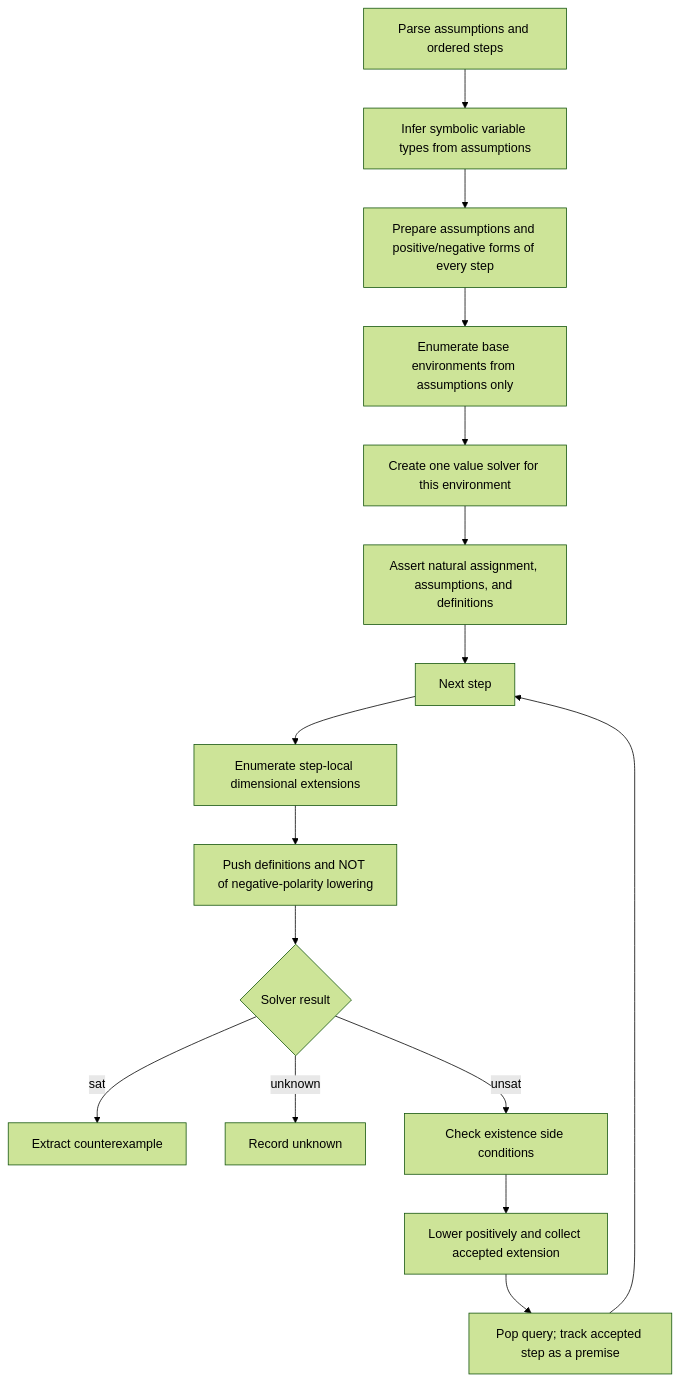
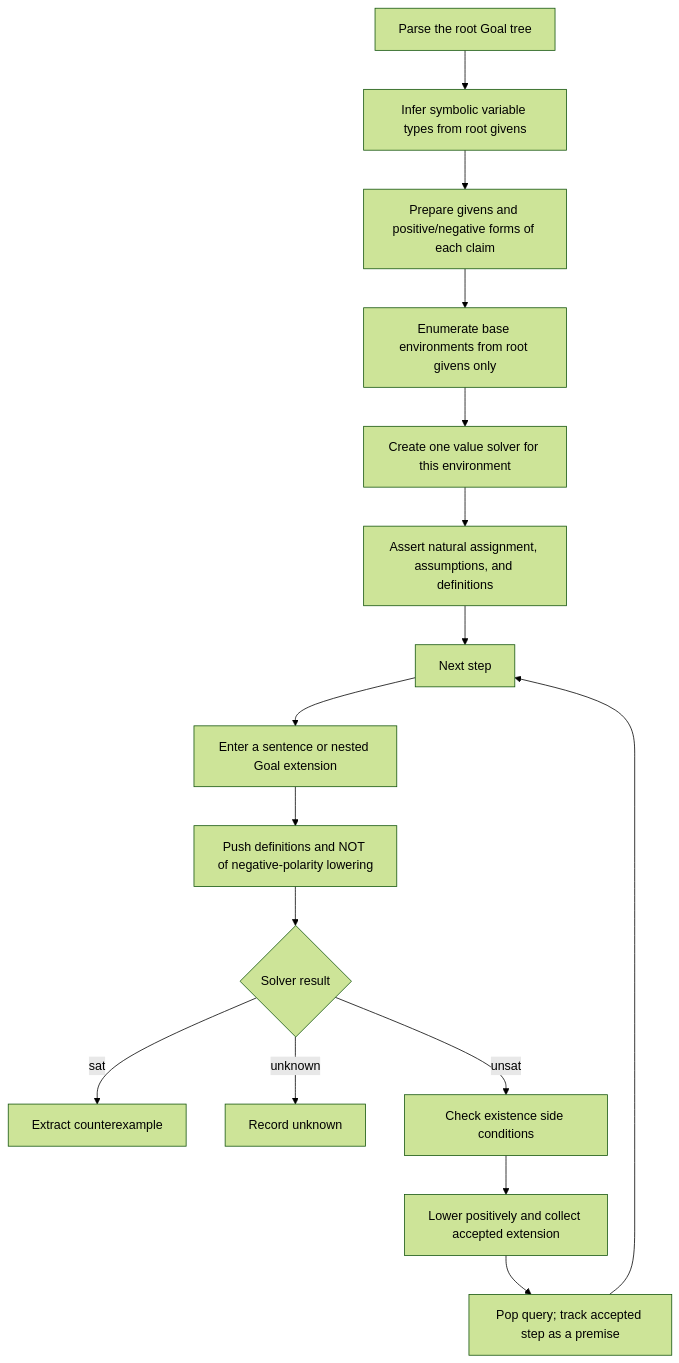
The fourth of 4 diagrams in docs/pipeline-overview.md (petervdonovan/linalg-checker), drawn with Mermaid (forest theme) before and after one commit. The commit also changed other lines of this file and 5 other files, not shown here.

````diff
--- a/docs/pipeline-overview.md
+++ b/docs/pipeline-overview.md
@@ -256,18 +257,18 @@
 ```mermaid
 flowchart TD
-    A[Parse assumptions and ordered steps] --> T[Infer symbolic variable types from assumptions]
-    T --> P[Prepare assumptions and positive/negative forms of every step]
-    P --> B[Enumerate base environments from assumptions only]
+    A[Parse the root Goal tree] --> T[Infer symbolic variable types from root givens]
+    T --> P[Prepare givens and positive/negative forms of each claim]
+    P --> B[Enumerate base environments from root givens only]
     B --> S[Create one value solver for this environment]
     S --> AS[Assert natural assignment, assumptions, and definitions]
     AS --> STEP[Next step]
-    STEP --> EXT[Enumerate step-local dimensional extensions]
+    STEP --> EXT[Enter a sentence or nested Goal extension]
     EXT --> NEG[Push definitions and NOT of negative-polarity lowering]
     NEG --> CHECK{Solver result}
     CHECK -- sat --> CEX[Extract counterexample]
     CHECK -- unknown --> UNK[Record unknown]
     CHECK -- unsat --> EXIST[Check existence side conditions]
     EXIST --> ACCEPT[Lower positively and collect accepted extension]
     ACCEPT --> TRACK[Pop query; track accepted step as a premise]
     TRACK --> STEP
 ```
````
